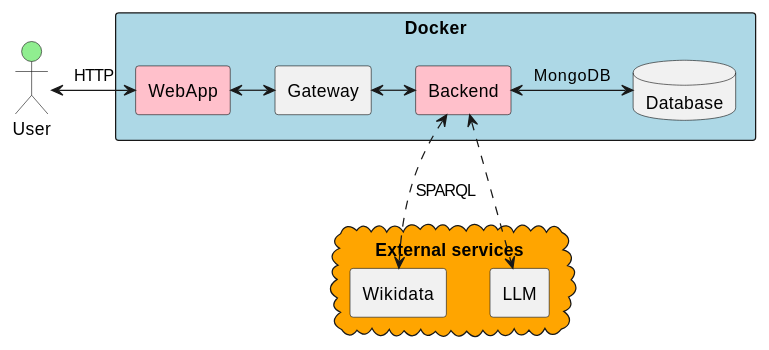
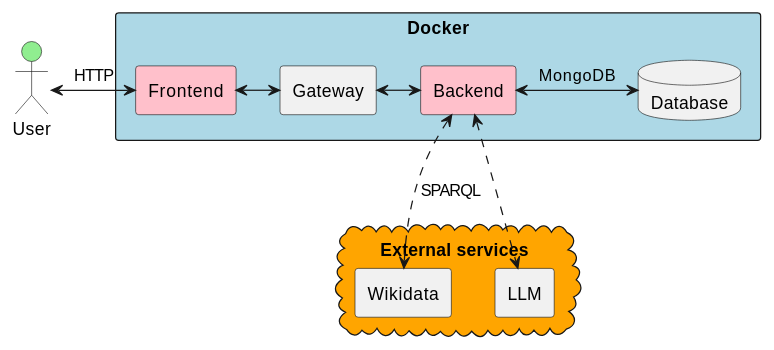
One commit to Arquisoft/wichat_en3b changed the second of 2 diagrams in docs/src/03_context_and_scope.adoc. Above: the diagram before and after it, drawn with PlantUML. The commit also changed other lines of this file, not shown here.

```diff
--- a/docs/src/03_context_and_scope.adoc
+++ b/docs/src/03_context_and_scope.adoc
@@ -113,27 +113,27 @@
 [plantuml]
 ----
 @startuml
 
 actor User #lightgreen
 
 rectangle Docker #lightblue {
-    rectangle WebApp #pink
+    rectangle Frontend #pink
     rectangle Gateway
     rectangle Backend #pink
     database Database
 }
 
 cloud "External services" #orange {
     rectangle Wikidata
     rectangle LLM
 }
 
-User <-> WebApp : HTTP
-WebApp <-> Gateway
+User <-> Frontend : HTTP
+Frontend <-> Gateway
 Gateway <-> Backend
 Backend <-> Database : MongoDB
 Backend <..> Wikidata : SPARQL
 Backend <..> LLM
 
 @enduml
 ----
```
